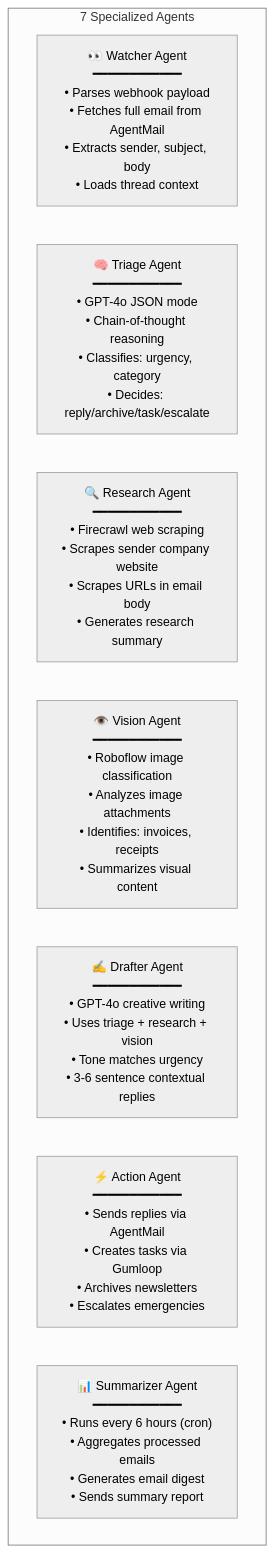
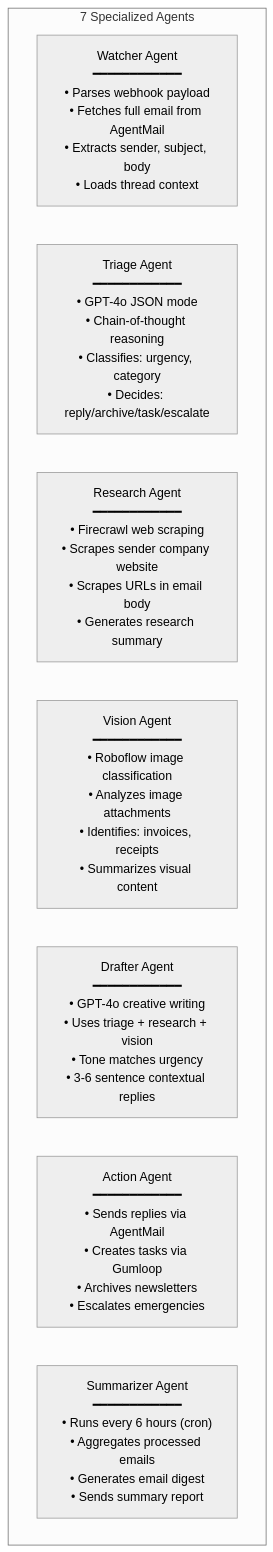
Before and after one commit to dhiraj-143r/srish_dhi: the third of 3 diagrams in inbox-pilot/README.md, drawn with Mermaid (neutral theme). The commit also changed other lines of this file, not shown here.

````diff
--- a/inbox-pilot/README.md
+++ b/inbox-pilot/README.md
@@ -86,12 +86,12 @@
 ```mermaid
 graph TD
-    subgraph Agents["7 Specialized Agents"]
-        W["👀 Watcher Agent<br/>━━━━━━━━━━━━<br/>• Parses webhook payload<br/>• Fetches full email from AgentMail<br/>• Extracts sender, subject, body<br/>• Loads thread context"]
-        T["🧠 Triage Agent<br/>━━━━━━━━━━━━<br/>• GPT-4o JSON mode<br/>• Chain-of-thought reasoning<br/>• Classifies: urgency, category<br/>• Decides: reply/archive/task/escalate"]
-        R["🔍 Research Agent<br/>━━━━━━━━━━━━<br/>• Firecrawl web scraping<br/>• Scrapes sender company website<br/>• Scrapes URLs in email body<br/>• Generates research summary"]
-        V["👁️ Vision Agent<br/>━━━━━━━━━━━━<br/>• Roboflow image classification<br/>• Analyzes image attachments<br/>• Identifies: invoices, receipts<br/>• Summarizes visual content"]
-        D["✍️ Drafter Agent<br/>━━━━━━━━━━━━<br/>• GPT-4o creative writing<br/>• Uses triage + research + vision<br/>• Tone matches urgency<br/>• 3-6 sentence contextual replies"]
-        AC["⚡ Action Agent<br/>━━━━━━━━━━━━<br/>• Sends replies via AgentMail<br/>• Creates tasks via Gumloop<br/>• Archives newsletters<br/>• Escalates emergencies"]
-        S["📊 Summarizer Agent<br/>━━━━━━━━━━━━<br/>• Runs every 6 hours (cron)<br/>• Aggregates processed emails<br/>• Generates email digest<br/>• Sends summary report"]
-    end
+ subgraph Agents["7 Specialized Agents"]
+  W[" Watcher Agent<br/>━━━━━━━━━━━━<br/>• Parses webhook payload<br/>• Fetches full email from AgentMail<br/>• Extracts sender, subject, body<br/>• Loads thread context"]
+  T[" Triage Agent<br/>━━━━━━━━━━━━<br/>• GPT-4o JSON mode<br/>• Chain-of-thought reasoning<br/>• Classifies: urgency, category<br/>• Decides: reply/archive/task/escalate"]
+  R[" Research Agent<br/>━━━━━━━━━━━━<br/>• Firecrawl web scraping<br/>• Scrapes sender company website<br/>• Scrapes URLs in email body<br/>• Generates research summary"]
+  V[" Vision Agent<br/>━━━━━━━━━━━━<br/>• Roboflow image classification<br/>• Analyzes image attachments<br/>• Identifies: invoices, receipts<br/>• Summarizes visual content"]
+  D[" Drafter Agent<br/>━━━━━━━━━━━━<br/>• GPT-4o creative writing<br/>• Uses triage + research + vision<br/>• Tone matches urgency<br/>• 3-6 sentence contextual replies"]
+  AC[" Action Agent<br/>━━━━━━━━━━━━<br/>• Sends replies via AgentMail<br/>• Creates tasks via Gumloop<br/>• Archives newsletters<br/>• Escalates emergencies"]
+  S[" Summarizer Agent<br/>━━━━━━━━━━━━<br/>• Runs every 6 hours (cron)<br/>• Aggregates processed emails<br/>• Generates email digest<br/>• Sends summary report"]
+ end
 ```
````
